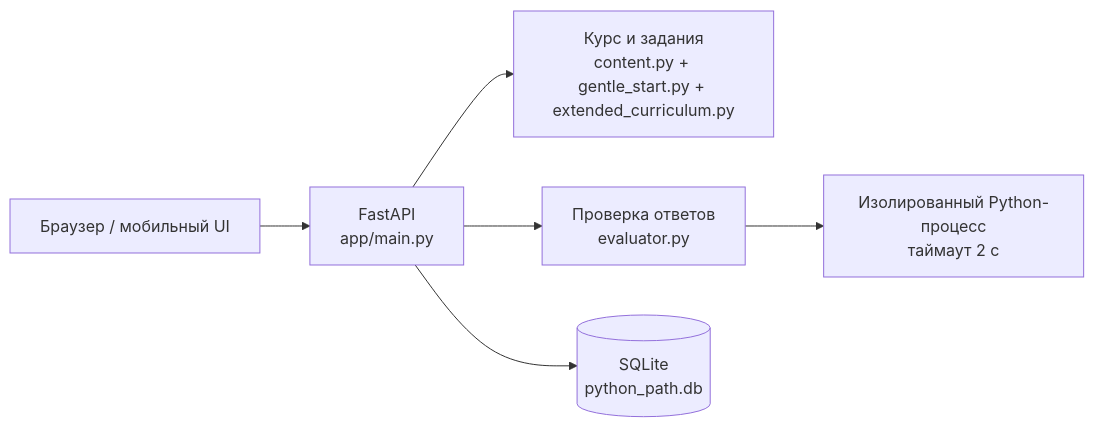
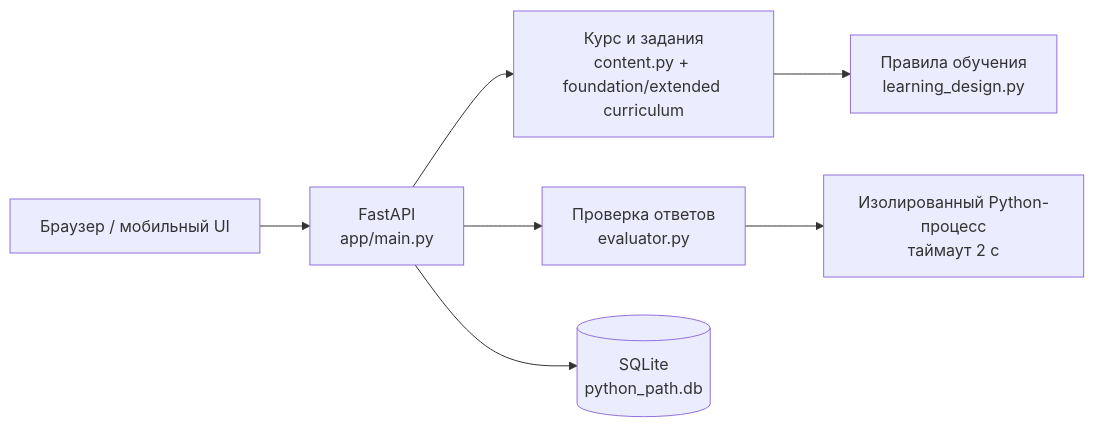
The diagram in docs/ARCHITECTURE.md (gon7187/python-path), drawn with Mermaid before and after one commit. The commit also changed other lines of this file and 23 other files, not shown here.

````diff
--- a/docs/ARCHITECTURE.md
+++ b/docs/ARCHITECTURE.md
@@ -3,8 +3,9 @@
 ```mermaid
 flowchart LR
     Browser["Браузер / мобильный UI"] --> API["FastAPI\napp/main.py"]
-    API --> Content["Курс и задания\ncontent.py + gentle_start.py + extended_curriculum.py"]
+    API --> Content["Курс и задания\ncontent.py + foundation/extended curriculum"]
+    Content --> Linter["Правила обучения\nlearning_design.py"]
     API --> Evaluator["Проверка ответов\nevaluator.py"]
     API --> DB[("SQLite\npython_path.db")]
     Evaluator --> Runner["Изолированный Python-процесс\nтаймаут 2 с"]
 ```
````
